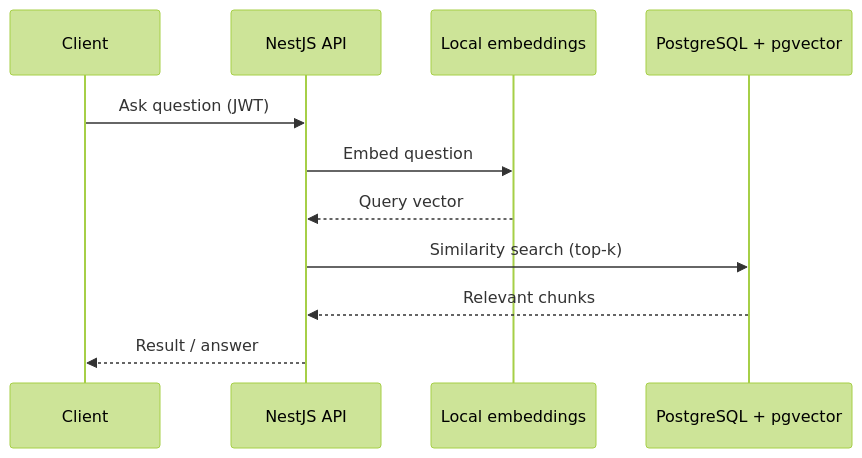
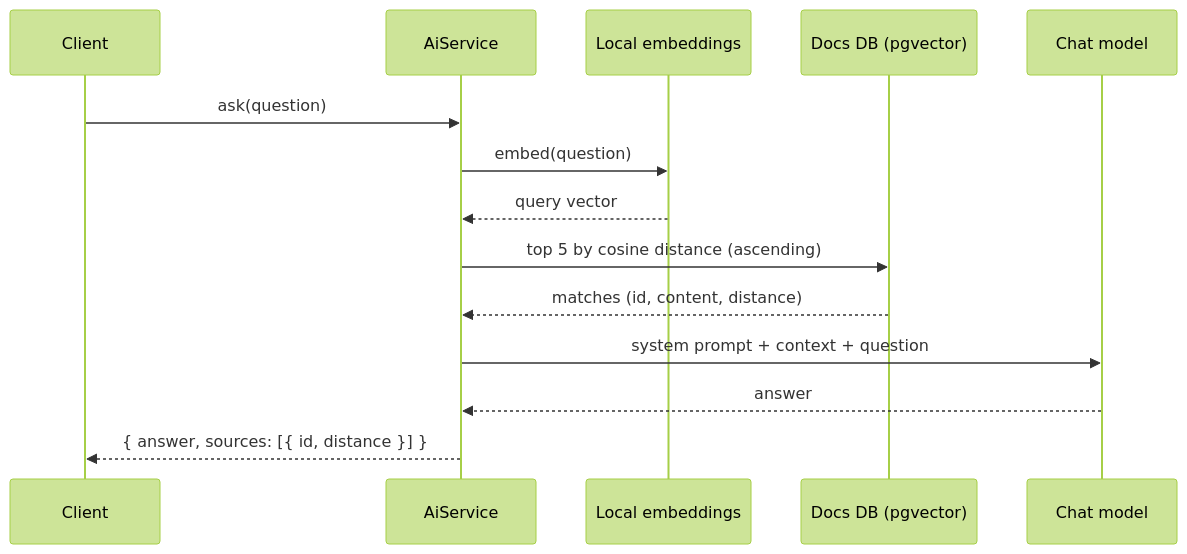
The second of 2 diagrams in docs/architecture.md (sajibsarker-1104003/nest-rag-service), drawn with Mermaid (forest theme) before and after one commit. The commit also changed other lines of this file and 8 other files, not shown here.

Commit message:
docs: fill architecture, database, configuration and ADRs from source; sanitize .env.example

````diff
--- a/docs/architecture.md
+++ b/docs/architecture.md
@@ -24,13 +27,16 @@
 ```mermaid
 sequenceDiagram
   participant C as Client
-  participant A as NestJS API
+  participant A as AiService
   participant E as Local embeddings
-  participant D as PostgreSQL + pgvector
-  C->>A: Ask question (JWT)
-  A->>E: Embed question
-  E-->>A: Query vector
-  A->>D: Similarity search (top-k)
-  D-->>A: Relevant chunks
-  A-->>C: Result / answer
+  participant D as Docs DB (pgvector)
+  participant L as Chat model
+  C->>A: ask(question)
+  A->>E: embed(question)
+  E-->>A: query vector
+  A->>D: top 5 by cosine distance (ascending)
+  D-->>A: matches (id, content, distance)
+  A->>L: system prompt + context + question
+  L-->>A: answer
+  A-->>C: { answer, sources: [{ id, distance }] }
 ```
````
